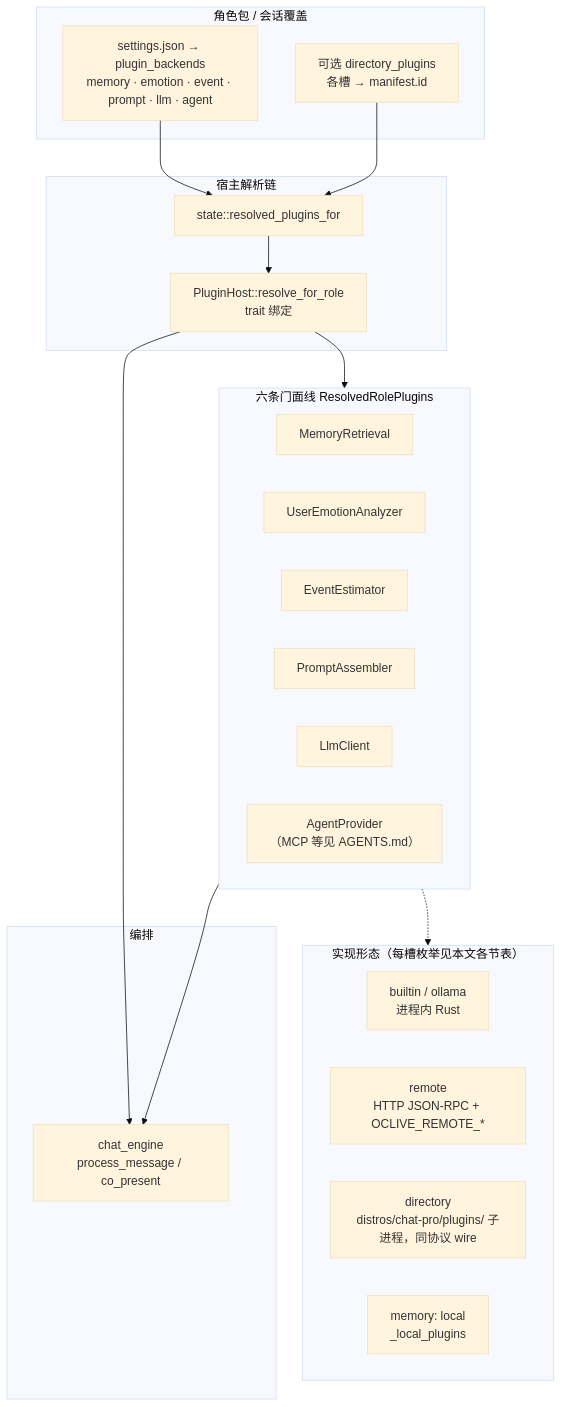
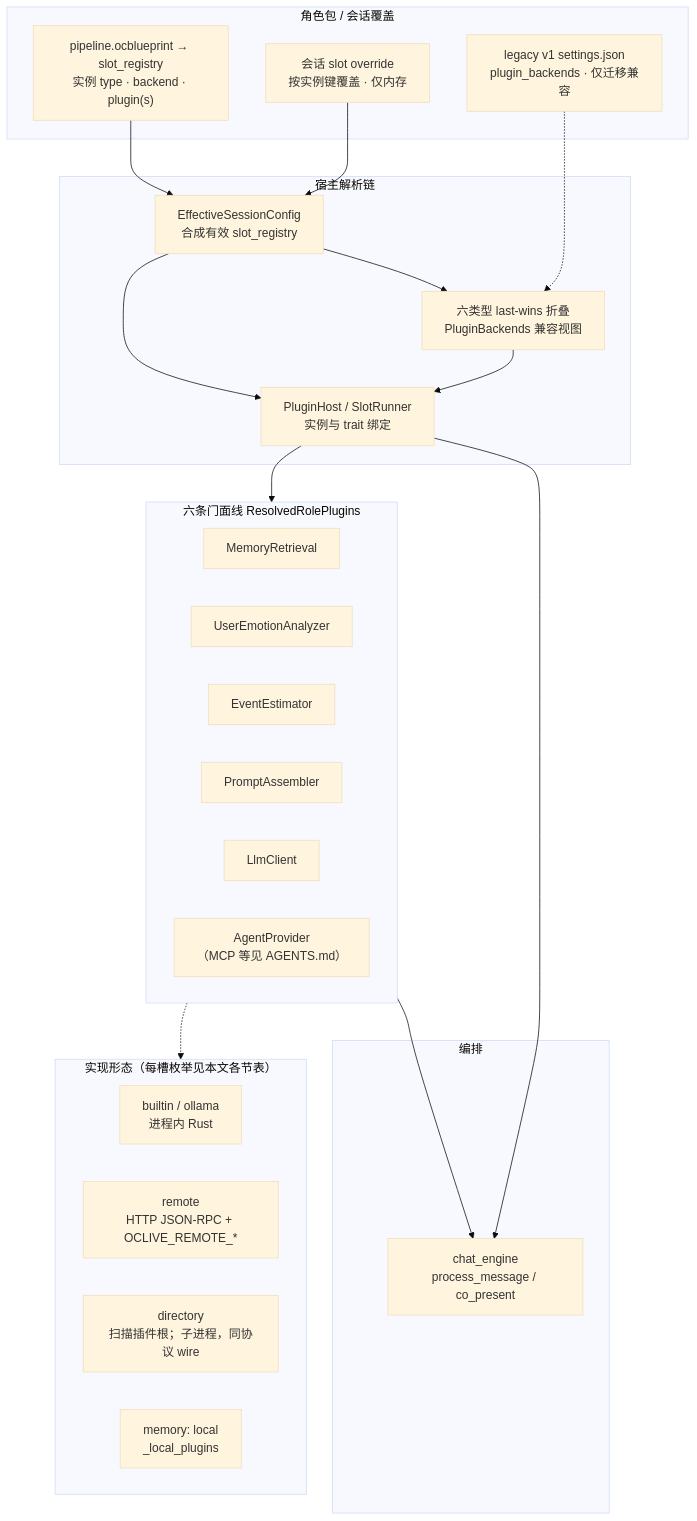
One commit to linkaiheng2233-cyber/oclivenewnew changed the diagram in creator-docs/plugin-and-architecture/PLUGIN_V1.md. Above: the diagram before and after it, drawn with Mermaid (base theme). The commit also changed other lines of this file and 231 other files, not shown here.

Commit message:
docs(architecture): align project around tool kernel

````diff
--- a/creator-docs/plugin-and-architecture/PLUGIN_V1.md
+++ b/creator-docs/plugin-and-architecture/PLUGIN_V1.md
@@ -56,42 +54,47 @@
 ```mermaid
 flowchart TB
   subgraph pack["角色包 / 会话覆盖"]
-    PB["settings.json → plugin_backends<br/>memory · emotion · event · prompt · llm · agent"]
-    DP["可选 directory_plugins<br/>各槽 → manifest.id"]
+    BP["pipeline.ocblueprint → slot_registry<br/>实例 type · backend · plugin(s)"]
+    SO["会话 slot override<br/>按实例键覆盖 · 仅内存"]
+    LEG["legacy v1 settings.json<br/>plugin_backends · 仅迁移兼容"]
   end
 
   subgraph resolve["宿主解析链"]
-    RPF["state::resolved_plugins_for"]
-    PH["PluginHost::resolve_for_role<br/>trait 绑定"]
+    EFF["EffectiveSessionConfig<br/>合成有效 slot_registry"]
+    FOLD["六类型 last-wins 折叠<br/>PluginBackends 兼容视图"]
+    PH["PluginHost / SlotRunner<br/>实例与 trait 绑定"]
   end
 
   subgraph orch["编排"]
     CE["chat_engine<br/>process_message / co_present"]
   end
 
-  PB --> RPF
-  DP --> RPF
-  RPF --> PH
+  BP --> EFF
+  SO --> EFF
+  LEG -.-> FOLD
+  EFF --> FOLD
+  EFF --> PH
+  FOLD --> PH
   PH --> CE
 
   subgraph slots["六条门面线 ResolvedRolePlugins"]
     M["MemoryRetrieval"]
     EM["UserEmotionAnalyzer"]
     EV["EventEstimator"]
     PR["PromptAssembler"]
     LL["LlmClient"]
     AG["AgentProvider<br/>（MCP 等见 AGENTS.md）"]
   end
 
   PH --> slots
   slots --> CE
 
   subgraph shapes["实现形态（每槽枚举见本文各节表）"]
     BIN["builtin / ollama<br/>进程内 Rust"]
     REM["remote<br/>HTTP JSON-RPC + OCLIVE_REMOTE_*"]
-    DIR["directory<br/>distros/chat-pro/plugins/ 子进程，同协议 wire"]
+    DIR["directory<br/>扫描插件根；子进程，同协议 wire"]
     LOC["memory: local<br/>_local_plugins"]
   end
 
   slots -.-> shapes
 ```
````
